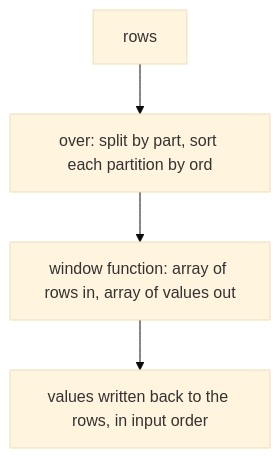
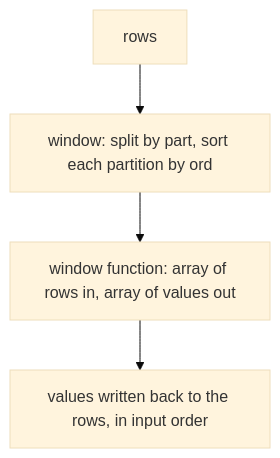
Before and after one commit to kundeng/jq-analytics: the diagram in docs/readout/35-windows.md, drawn with Mermaid (base theme). The commit also changed other lines of this file and 26 other files, not shown here.

````diff
--- a/docs/readout/35-windows.md
+++ b/docs/readout/35-windows.md
@@ -7,6 +7,6 @@
 ```mermaid
 flowchart TD
-  R[rows] --> P[over: split by part, sort each partition by ord]
+  R[rows] --> P[window: split by part, sort each partition by ord]
   P --> W[window function: array of rows in, array of values out]
   W --> B[values written back to the rows, in input order]
 ```
````
